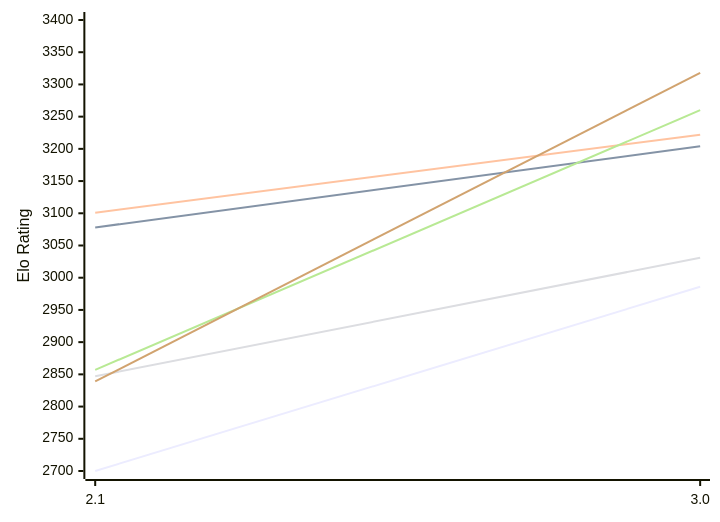
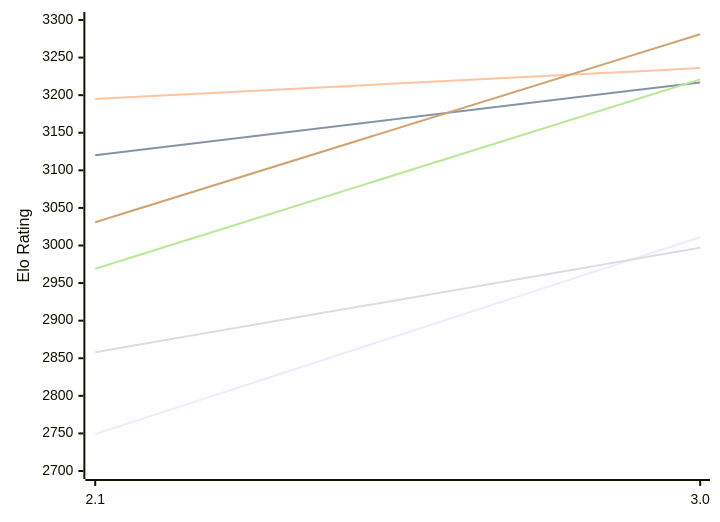
One commit to computer-chess-index/cci changed the first of 2 diagrams in engines/Quirky.md. Above: the diagram before and after it, drawn with Mermaid. The commit also changed other lines of this file, not shown here.

Commit message:
Update CCI Ratings (ELO VLTC) - 2026-11-14

````diff
--- a/engines/Quirky.md
+++ b/engines/Quirky.md
@@ -50,12 +50,12 @@
 ```mermaid
 %%{init: {"theme":"base","themeVariables":{"seriesColors:['#a3a3a3','#222221','#faa371']}}}%%
 xychart-beta
   x-axis ["2.1", "3.0"]
-  y-axis "Elo Rating" 2700 --> 3400
-  line "E1: STC (8.0+0.08s)" [2700, 2986]
-  line "E1: LTC (60.0+0.60s)" [3078, 3204]
-  line "E1: VLTC (2m24s+1.12s)" [3101, 3222]
-  line "P1: STC (8.0+0.08s)" [2847, 3031]
-  line "P1: LTC (60.0+0.60s)" [2857, 3260]
-  line "P1: VLTC (2m24s+1.12s)" [2839, 3318]
+  y-axis "Elo Rating" 2700 --> 3300
+  line "E1: STC (8.0+0.08s)" [2749, 3011]
+  line "E1: LTC (60.0+0.60s)" [3120, 3217]
+  line "E1: VLTC (2m24s+1.12s)" [3195, 3236]
+  line "P1: STC (8.0+0.08s)" [2858, 2997]
+  line "P1: LTC (60.0+0.60s)" [2969, 3221]
+  line "P1: VLTC (2m24s+1.12s)" [3031, 3281]
 ```
````
